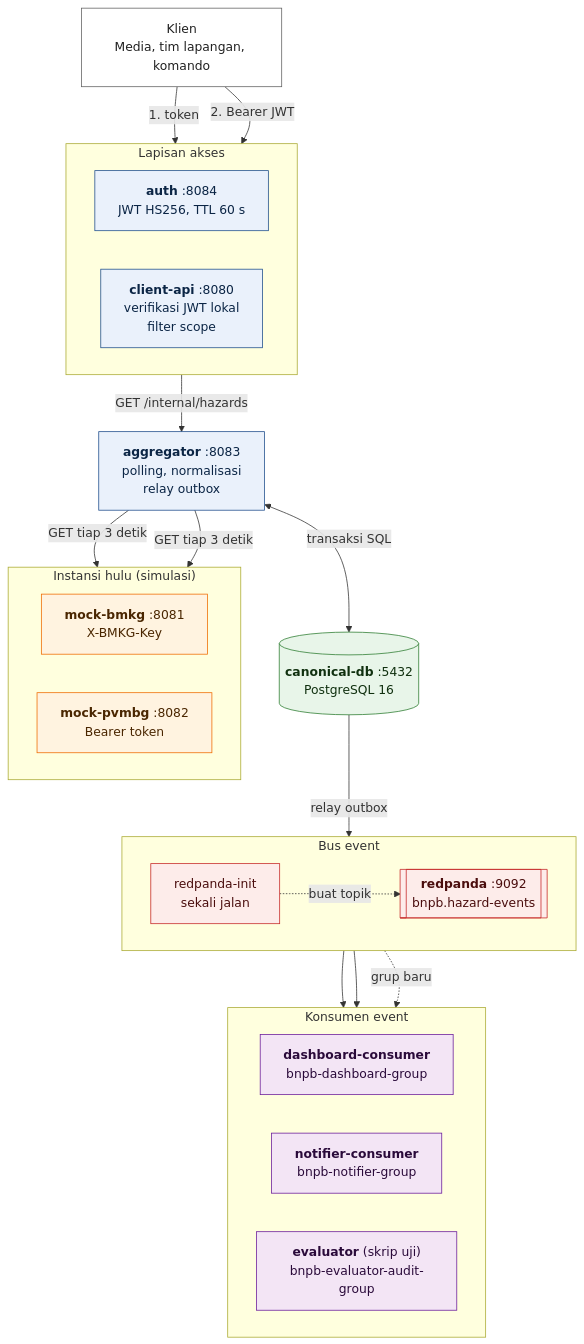
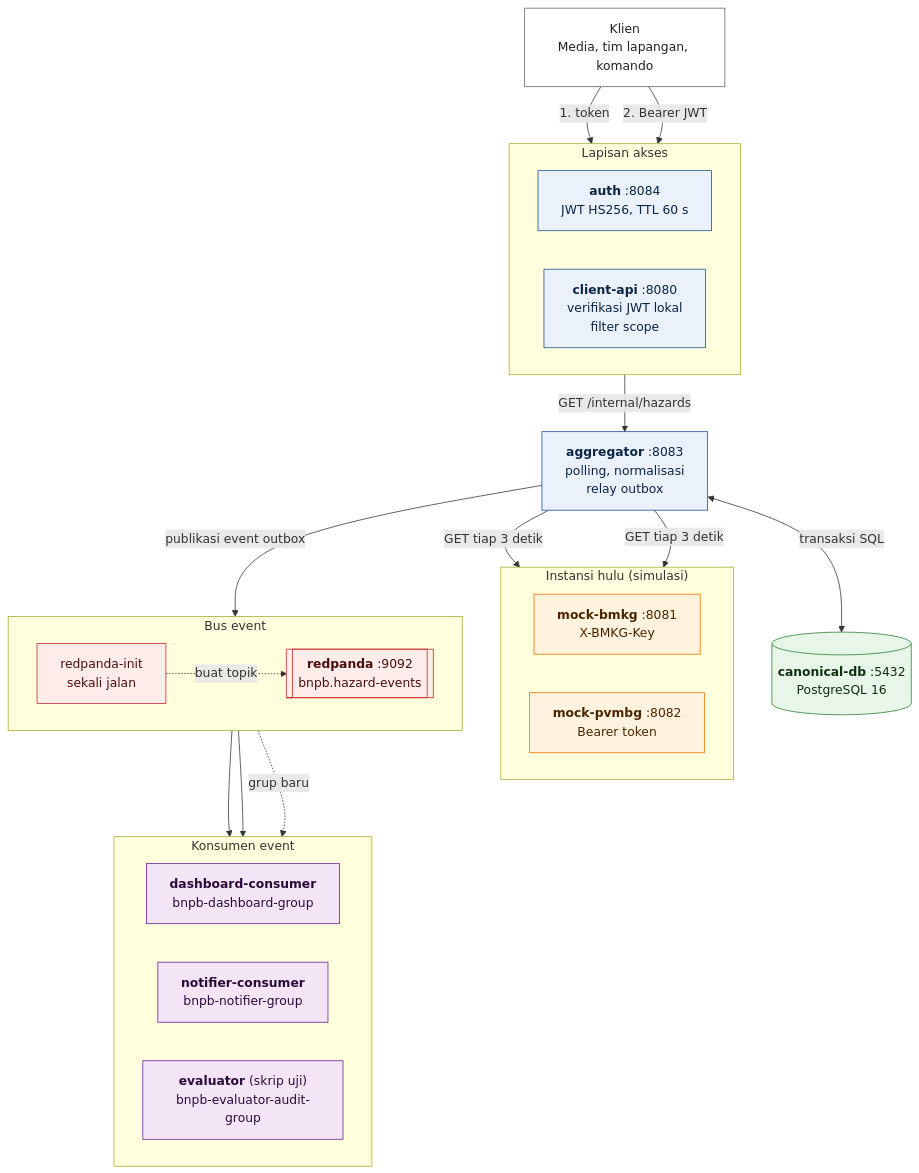
Before and after one commit to Darsua/AAT: the diagram in docs/diagrams/architecture.report.mmd, drawn with Mermaid. The commit also changed 15 other files, not shown here.

```diff
--- a/docs/diagrams/architecture.report.mmd
+++ b/docs/diagrams/architecture.report.mmd
@@ -1,51 +1,51 @@
 flowchart TB
     CLI["Klien<br/>Media, tim lapangan, komando"]:::actor
 
     subgraph GW["Lapisan akses"]
         direction LR
         AUTH["<b>auth</b> :8084<br/>JWT HS256, TTL 60 s"]:::svc
         CAPI["<b>client-api</b> :8080<br/>verifikasi JWT lokal<br/>filter scope"]:::svc
     end
 
     AGG["<b>aggregator</b> :8083<br/>polling, normalisasi<br/>relay outbox"]:::svc
 
     subgraph UP["Instansi hulu (simulasi)"]
         direction LR
         BMKG["<b>mock-bmkg</b> :8081<br/>X-BMKG-Key"]:::ext
         PVMBG["<b>mock-pvmbg</b> :8082<br/>Bearer token"]:::ext
     end
 
     DB[("<b>canonical-db</b> :5432<br/>PostgreSQL 16")]:::store
 
     subgraph BUS["Bus event"]
         direction LR
         INIT["redpanda-init<br/>sekali jalan"]:::broker
         RP[["<b>redpanda</b> :9092<br/>bnpb.hazard-events"]]:::broker
     end
 
     subgraph CON["Konsumen event"]
         direction LR
         DASH["<b>dashboard-consumer</b><br/>bnpb-dashboard-group"]:::cons
         NOTI["<b>notifier-consumer</b><br/>bnpb-notifier-group"]:::cons
         AUDIT["<b>evaluator</b> (skrip uji)<br/>bnpb-evaluator-audit-group"]:::cons
     end
 
     CLI -->|"1. token"| AUTH
     CLI -->|"2. Bearer JWT"| CAPI
     CAPI -->|"GET /internal/hazards"| AGG
     AGG -->|"GET tiap 3 detik"| BMKG
     AGG -->|"GET tiap 3 detik"| PVMBG
     AGG <-->|"transaksi SQL"| DB
-    DB -->|"relay outbox"| RP
+    AGG -->|"publikasi event outbox"| RP
     INIT -.->|"buat topik"| RP
     RP --> DASH
     RP --> NOTI
     RP -.->|"grup baru"| AUDIT
 
     classDef svc fill:#eaf1fb,stroke:#1f4e8c,color:#0b2545
     classDef store fill:#e8f5e9,stroke:#2e7d32,color:#10300f
     classDef broker fill:#fdecea,stroke:#c62828,color:#4a0d0d
     classDef ext fill:#fff3e0,stroke:#ef6c00,color:#4a2600
     classDef cons fill:#f3e5f5,stroke:#6a1b9a,color:#2a0a3a
     classDef actor fill:#ffffff,stroke:#616161,color:#212121
     classDef plan fill:#f5f5f5,stroke:#9e9e9e,stroke-dasharray:4 3,color:#424242
```
